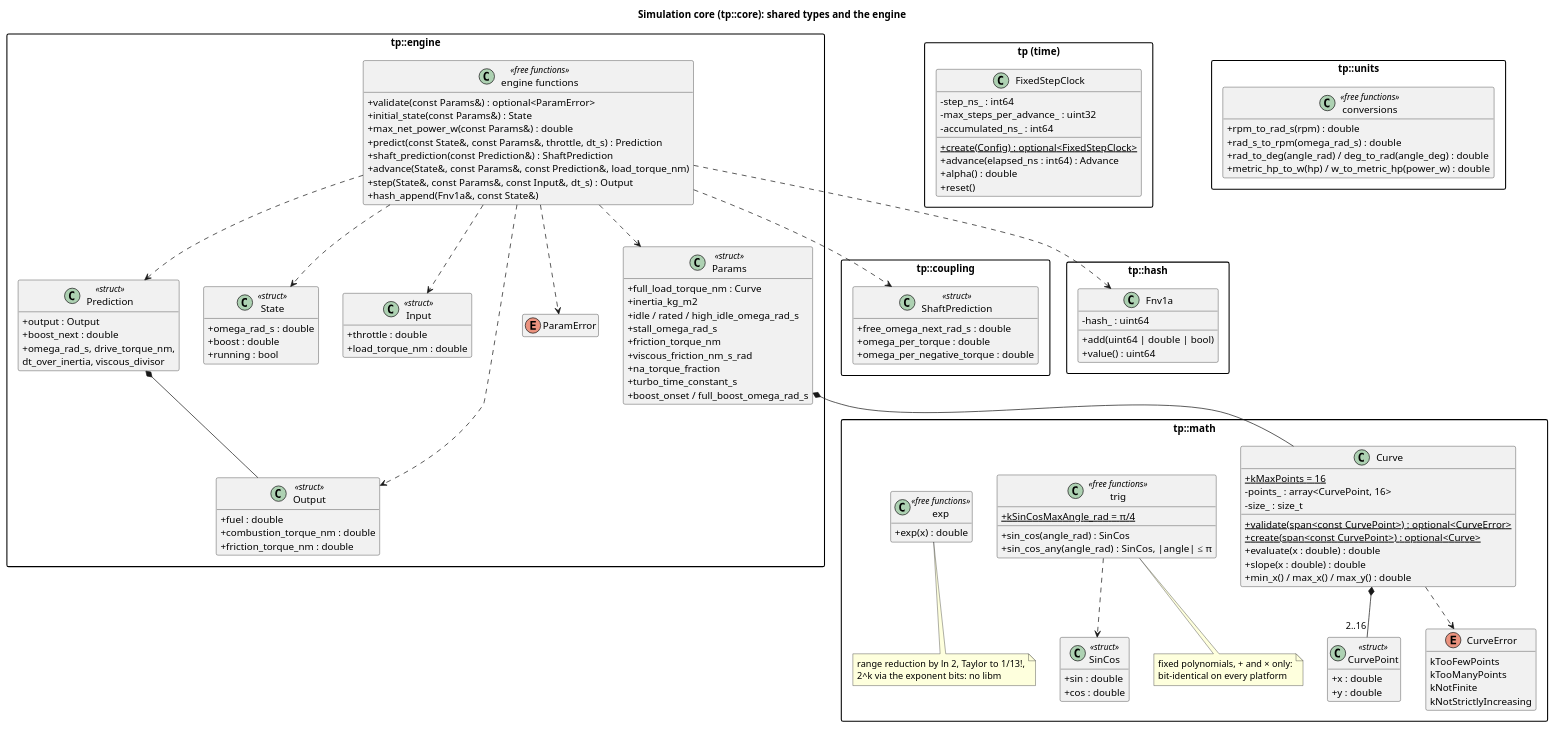
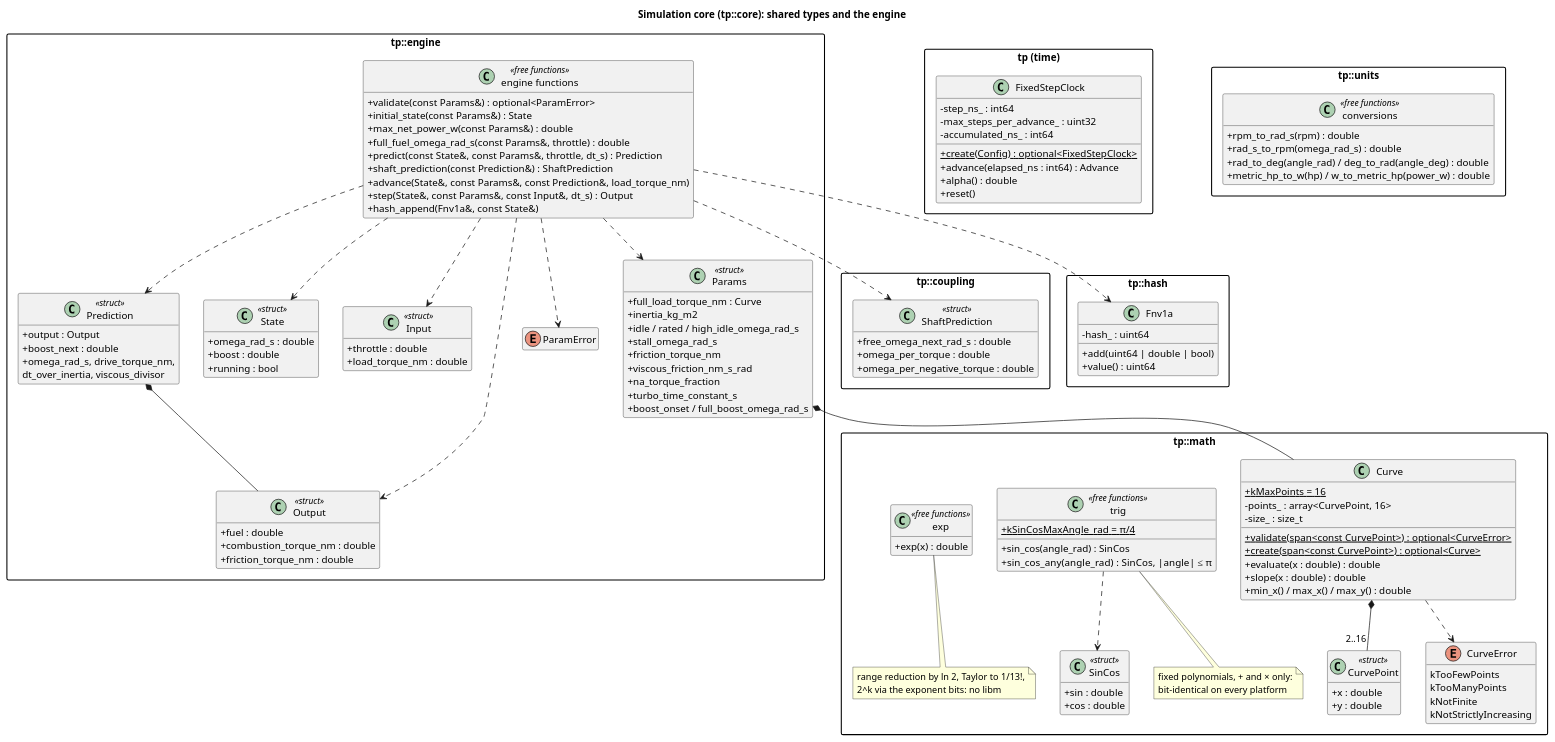
Before and after one commit to wversteeg/TractorPulling: the diagram in docs/diagrams/core_classes.puml, drawn with PlantUML. The commit also changed 14 other files, not shown here.

```diff
--- a/docs/diagrams/core_classes.puml
+++ b/docs/diagrams/core_classes.puml
@@ -1,147 +1,148 @@
 @startuml core_classes
 title Simulation core (tp::core): shared types and the engine
 hide empty members
 skinparam packageStyle rectangle
 skinparam classAttributeIconSize 0
 
   package "tp::coupling" {
     class ShaftPrediction <<struct>> {
       +free_omega_next_rad_s : double
       +omega_per_torque : double
       +omega_per_negative_torque : double
     }
   }
 
   package "tp::math" {
     class CurvePoint <<struct>> {
       +x : double
       +y : double
     }
     enum CurveError {
       kTooFewPoints
       kTooManyPoints
       kNotFinite
       kNotStrictlyIncreasing
     }
     class Curve {
       +{static} kMaxPoints = 16
       -points_ : array<CurvePoint, 16>
       -size_ : size_t
       +{static} validate(span<const CurvePoint>) : optional<CurveError>
       +{static} create(span<const CurvePoint>) : optional<Curve>
       +evaluate(x : double) : double
       +slope(x : double) : double
       +min_x() / max_x() / max_y() : double
     }
     Curve *-- "2..16" CurvePoint
     Curve ..> CurveError
     class SinCos <<struct>> {
       +sin : double
       +cos : double
     }
     class "trig" as Trig <<free functions>> {
       +{static} kSinCosMaxAngle_rad = π/4
       +sin_cos(angle_rad) : SinCos
       +sin_cos_any(angle_rad) : SinCos, |angle| ≤ π
     }
     Trig ..> SinCos
     note bottom of Trig
       fixed polynomials, + and × only:
       bit-identical on every platform
     end note
     class "exp" as Exp <<free functions>> {
       +exp(x) : double
     }
     note bottom of Exp
       range reduction by ln 2, Taylor to 1/13!,
       2^k via the exponent bits: no libm
     end note
   }
 
   package "tp::engine" {
     class Params <<struct>> {
       +full_load_torque_nm : Curve
       +inertia_kg_m2
       +idle / rated / high_idle_omega_rad_s
       +stall_omega_rad_s
       +friction_torque_nm
       +viscous_friction_nm_s_rad
       +na_torque_fraction
       +turbo_time_constant_s
       +boost_onset / full_boost_omega_rad_s
     }
     class State <<struct>> {
       +omega_rad_s : double
       +boost : double
       +running : bool
     }
     class Input <<struct>> {
       +throttle : double
       +load_torque_nm : double
     }
     class Output <<struct>> {
       +fuel : double
       +combustion_torque_nm : double
       +friction_torque_nm : double
     }
     enum ParamError
     class Prediction <<struct>> {
       +output : Output
       +boost_next : double
       +omega_rad_s, drive_torque_nm,
        dt_over_inertia, viscous_divisor
     }
     class "engine functions" as EngineFns <<free functions>> {
       +validate(const Params&) : optional<ParamError>
       +initial_state(const Params&) : State
       +max_net_power_w(const Params&) : double
+      +full_fuel_omega_rad_s(const Params&, throttle) : double
       +predict(const State&, const Params&, throttle, dt_s) : Prediction
       +shaft_prediction(const Prediction&) : ShaftPrediction
       +advance(State&, const Params&, const Prediction&, load_torque_nm)
       +step(State&, const Params&, const Input&, dt_s) : Output
       +hash_append(Fnv1a&, const State&)
     }
     Prediction *-- Output
     EngineFns ..> Prediction
     Params *-- Curve
     EngineFns ..> Params
     EngineFns ..> State
     EngineFns ..> Input
     EngineFns ..> Output
     EngineFns ..> ParamError
   }
 
 
   EngineFns ..> ShaftPrediction
 
   package "tp::hash" {
     class Fnv1a {
       -hash_ : uint64
       +add(uint64 | double | bool)
       +value() : uint64
     }
   }
   EngineFns ..> Fnv1a
 
   package "tp (time)" {
     class FixedStepClock {
       -step_ns_ : int64
       -max_steps_per_advance_ : uint32
       -accumulated_ns_ : int64
       +{static} create(Config) : optional<FixedStepClock>
       +advance(elapsed_ns : int64) : Advance
       +alpha() : double
       +reset()
     }
   }
 
   package "tp::units" {
     class "conversions" as Units <<free functions>> {
       +rpm_to_rad_s(rpm) : double
       +rad_s_to_rpm(omega_rad_s) : double
       +rad_to_deg(angle_rad) / deg_to_rad(angle_deg) : double
       +metric_hp_to_w(hp) / w_to_metric_hp(power_w) : double
     }
   }
 
 @enduml
```
